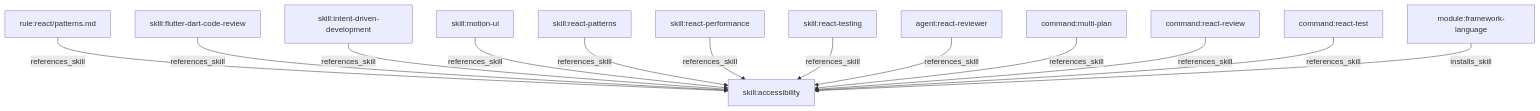
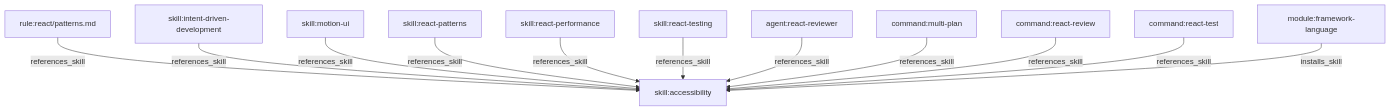
The first of 10 diagrams in .claude/skills/dependency-graph/DEPENDENCY-GRAPH.md (coderofmutou/ecc-custom), drawn with Mermaid before and after one commit. The commit also changed other lines of this file and 95 other files, not shown here.

````diff
--- a/.claude/skills/dependency-graph/DEPENDENCY-GRAPH.md
+++ b/.claude/skills/dependency-graph/DEPENDENCY-GRAPH.md
@@ -242,15 +150,14 @@
 ```mermaid
 graph TD
   rule_react_patterns_md["rule:react/patterns.md"] -->|references_skill| skill_accessibility["skill:accessibility"]
-  skill_flutter_dart_code_review["skill:flutter-dart-code-review"] -->|references_skill| skill_accessibility["skill:accessibility"]
   skill_intent_driven_development["skill:intent-driven-development"] -->|references_skill| skill_accessibility["skill:accessibility"]
   skill_motion_ui["skill:motion-ui"] -->|references_skill| skill_accessibility["skill:accessibility"]
   skill_react_patterns["skill:react-patterns"] -->|references_skill| skill_accessibility["skill:accessibility"]
   skill_react_performance["skill:react-performance"] -->|references_skill| skill_accessibility["skill:accessibility"]
   skill_react_testing["skill:react-testing"] -->|references_skill| skill_accessibility["skill:accessibility"]
   agent_react_reviewer["agent:react-reviewer"] -->|references_skill| skill_accessibility["skill:accessibility"]
   command_multi_plan["command:multi-plan"] -->|references_skill| skill_accessibility["skill:accessibility"]
   command_react_review["command:react-review"] -->|references_skill| skill_accessibility["skill:accessibility"]
   command_react_test["command:react-test"] -->|references_skill| skill_accessibility["skill:accessibility"]
   module_framework_language["module:framework-language"] -->|installs_skill| skill_accessibility["skill:accessibility"]
 ```
````
